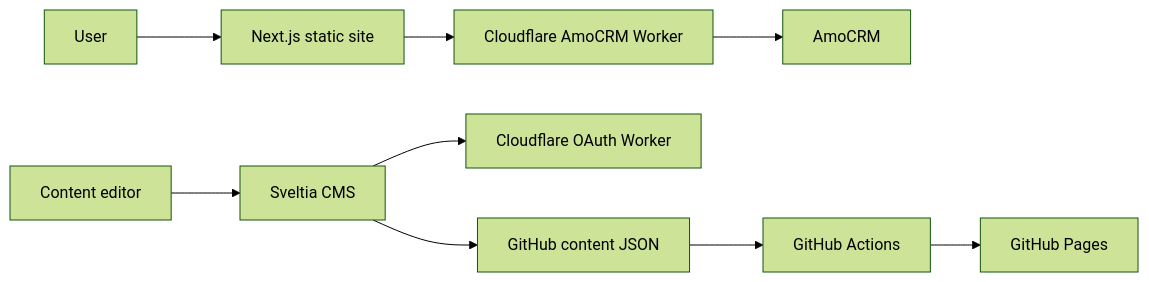
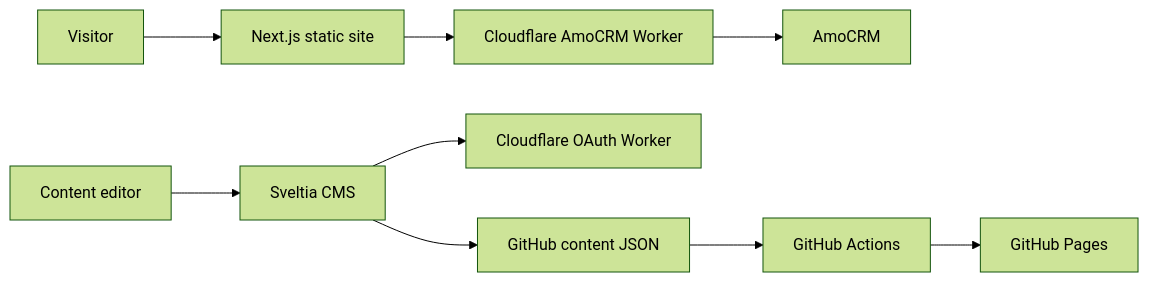
Before and after one commit to Kaliguri/Posleslovie: the diagram in README.md, drawn with Mermaid (forest theme). The commit also changed other lines of this file and 4 other files, not shown here.

````diff
--- a/README.md
+++ b/README.md
@@ -42,12 +42,12 @@
 ```mermaid
 flowchart LR
-  User --> Site[Next.js static site]
+  User[Visitor] --> Site[Next.js static site]
   Site --> AmoWorker[Cloudflare AmoCRM Worker]
   AmoWorker --> AmoCRM[AmoCRM]
 
   Admin[Content editor] --> CMS[Sveltia CMS]
   CMS --> OAuth[Cloudflare OAuth Worker]
   CMS --> GitHub[GitHub content JSON]
   GitHub --> Actions[GitHub Actions]
   Actions --> Pages[GitHub Pages]
 ```
````
